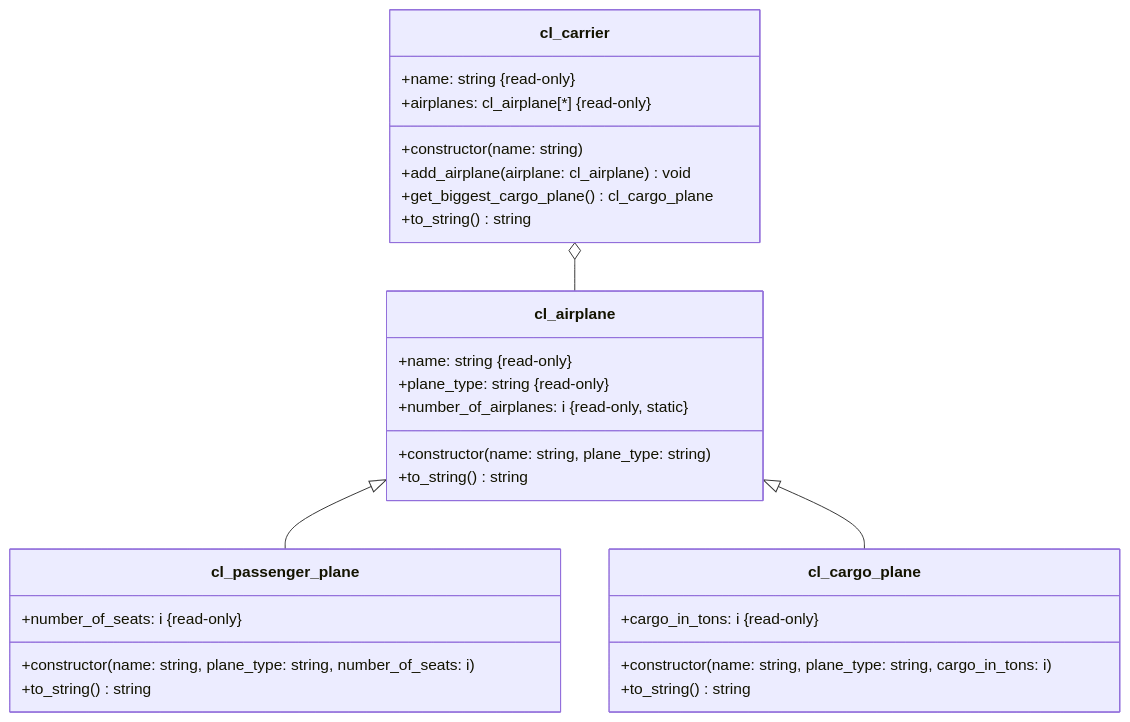
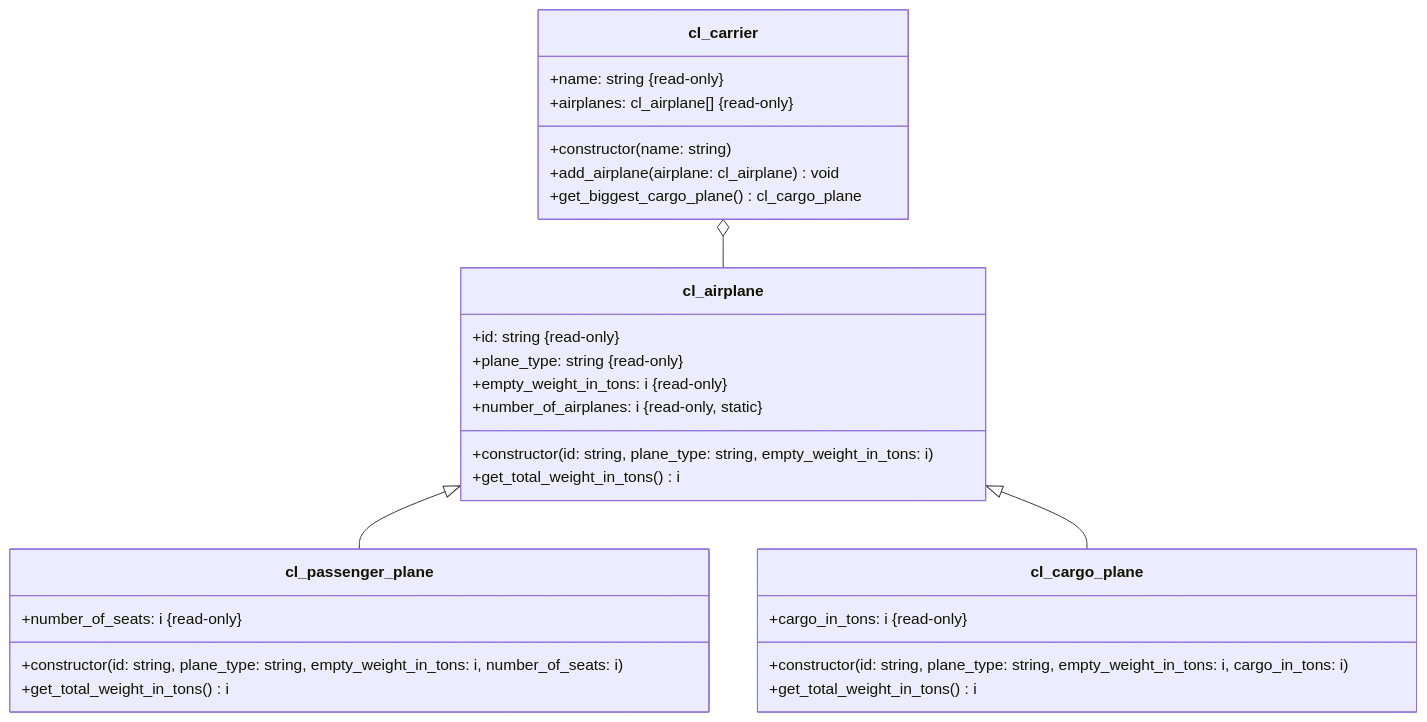
The diagram in docs/exercises/abap-objects/abap-objects-07.md (appenmaier/s4hana), drawn with Mermaid before and after one commit. The commit also changed other lines of this file and 15 other files, not shown here.

````diff
--- a/docs/exercises/abap-objects/abap-objects-07.md
+++ b/docs/exercises/abap-objects/abap-objects-07.md
@@ -19,35 +19,35 @@
 ```mermaid
 classDiagram
-    cl_carrier o-- cl_airplane
-    cl_airplane <|-- cl_passenger_plane
-    cl_airplane <|-- cl_cargo_plane
+   cl_carrier o-- cl_airplane
+   cl_airplane <|-- cl_passenger_plane
+   cl_airplane <|-- cl_cargo_plane
 
-    class cl_airplane {
+   class cl_airplane {
+      +id: string &#123read-only&#125
+      +plane_type: string &#123read-only&#125
+      +empty_weight_in_tons: i &#123read-only&#125
+      +number_of_airplanes: i &#123read-only, static&#125
+      +constructor(id: string, plane_type: string, empty_weight_in_tons: i)
+      +get_total_weight_in_tons() i
+   }
+
+   class cl_passenger_plane {
+      +number_of_seats: i &#123read-only&#125
+      +constructor(id: string, plane_type: string, empty_weight_in_tons: i, number_of_seats: i)
+      +get_total_weight_in_tons() i
+   }
+
+   class cl_cargo_plane {
+      +cargo_in_tons: i &#123read-only&#125
+      +constructor(id: string, plane_type: string, empty_weight_in_tons: i, cargo_in_tons: i)
+      +get_total_weight_in_tons() i
+   }
+
+   class cl_carrier {
       +name: string &#123read-only&#125
-      +plane_type: string &#123read-only&#125
-      +number_of_airplanes: i &#123read-only, static&#125
-      +constructor(name: string, plane_type: string)
-      +to_string() string
-    }
-
-    class cl_passenger_plane {
-      +number_of_seats: i &#123read-only&#125
-      +constructor(name: string, plane_type: string, number_of_seats: i)
-      +to_string() string
-    }
-
-    class cl_cargo_plane {
-      +cargo_in_tons: i &#123read-only&#125
-      +constructor(name: string, plane_type: string, cargo_in_tons: i)
-      +to_string() string
-    }
-
-    class cl_carrier {
-      +name: string &#123read-only&#125
-      +airplanes: cl_airplane[*] &#123read-only&#125
+      +airplanes: cl_airplane[] &#123read-only&#125
       +constructor(name: string)
       +add_airplane(airplane: cl_airplane) void
       +get_biggest_cargo_plane() cl_cargo_plane
-      +to_string() string
-    }
+   }
 ```
````
